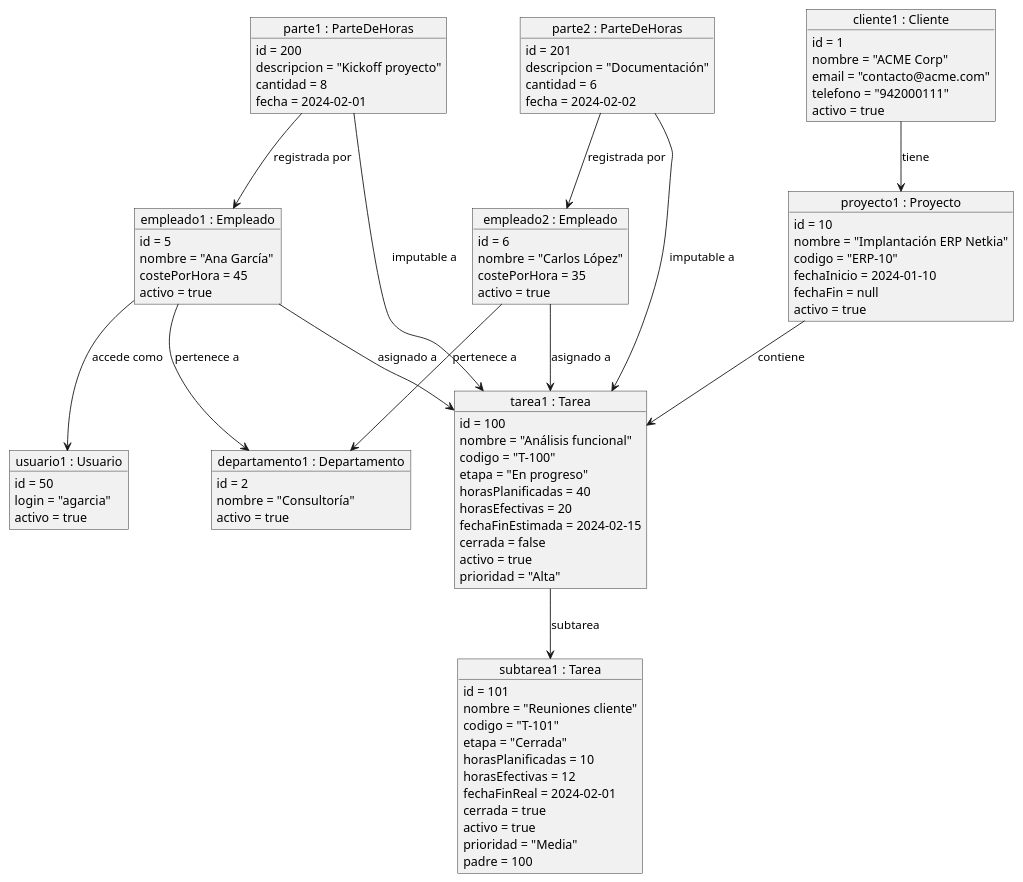
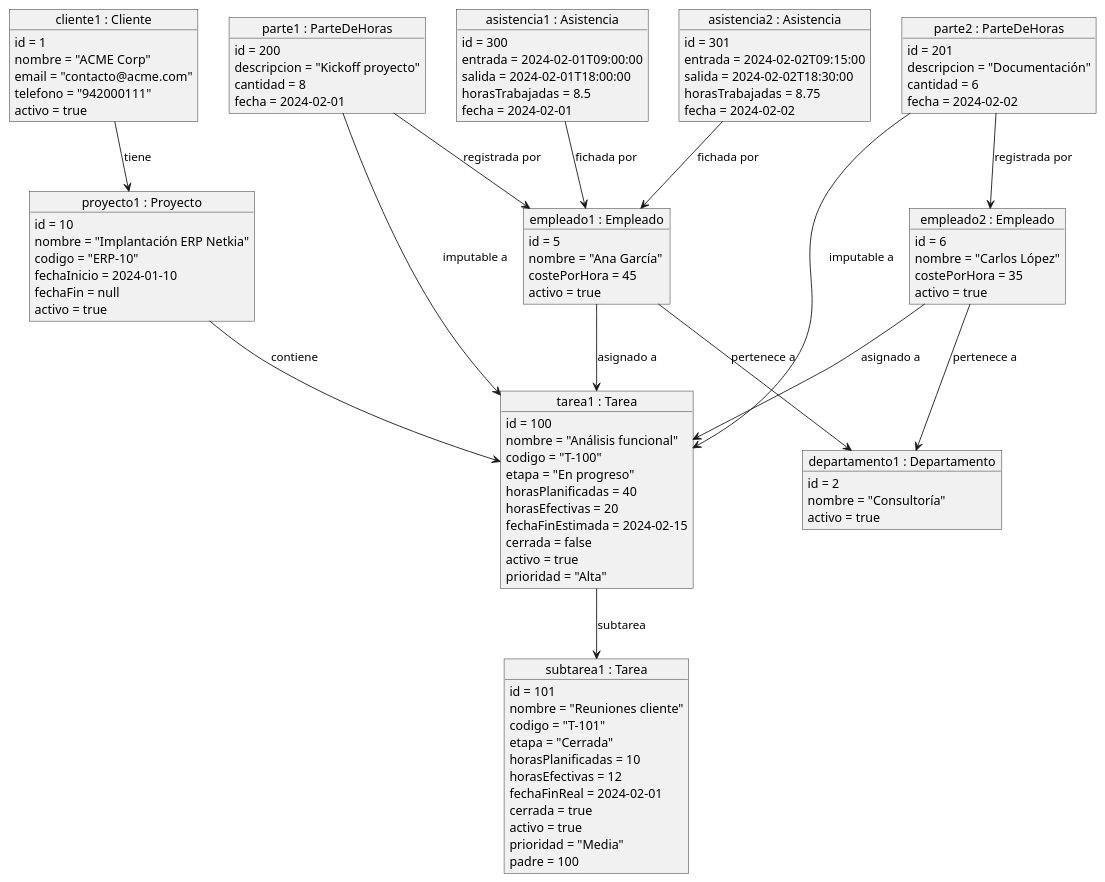
Before and after one commit to ceesargaarcia/GII-TFG-2026: the diagram in Estudiantes/cesar-garcia-eguiguren/Capítulo-2/diagramas/diagramaObjetos.puml, drawn with PlantUML. The commit also changed 74 other files, not shown here.

```diff
--- a/Estudiantes/cesar-garcia-eguiguren/Capítulo-2/diagramas/diagramaObjetos.puml
+++ b/Estudiantes/cesar-garcia-eguiguren/Capítulo-2/diagramas/diagramaObjetos.puml
@@ -1,107 +1,118 @@
 @startuml
 
 object "cliente1 : Cliente" as c1 {
   id = 1
   nombre = "ACME Corp"
   email = "contacto@acme.com"
   telefono = "942000111"
   activo = true
 }
 
 object "proyecto1 : Proyecto" as p1 {
   id = 10
   nombre = "Implantación ERP Netkia"
   codigo = "ERP-10"
   fechaInicio = 2024-01-10
   fechaFin = null
   activo = true
 }
 
 object "tarea1 : Tarea" as t1 {
   id = 100
   nombre = "Análisis funcional"
   codigo = "T-100"
   etapa = "En progreso"
   horasPlanificadas = 40
   horasEfectivas = 20
   fechaFinEstimada = 2024-02-15
   cerrada = false
   activo = true
   prioridad = "Alta"
 }
 
 object "subtarea1 : Tarea" as st1 {
   id = 101
   nombre = "Reuniones cliente"
   codigo = "T-101"
   etapa = "Cerrada"
   horasPlanificadas = 10
   horasEfectivas = 12
   fechaFinReal = 2024-02-01
   cerrada = true
   activo = true
   prioridad = "Media"
   padre = 100
 }
 
 object "empleado1 : Empleado" as e1 {
   id = 5
   nombre = "Ana García"
   costePorHora = 45
   activo = true
 }
 
 object "empleado2 : Empleado" as e2 {
   id = 6
   nombre = "Carlos López"
   costePorHora = 35
   activo = true
 }
 
 object "departamento1 : Departamento" as d1 {
   id = 2
   nombre = "Consultoría"
   activo = true
 }
 
-object "usuario1 : Usuario" as u1 {
-  id = 50
-  login = "agarcia"
-  activo = true
-}
-
 object "parte1 : ParteDeHoras" as ph1 {
   id = 200
   descripcion = "Kickoff proyecto"
   cantidad = 8
   fecha = 2024-02-01
 }
 
 object "parte2 : ParteDeHoras" as ph2 {
   id = 201
   descripcion = "Documentación"
   cantidad = 6
   fecha = 2024-02-02
 }
 
+object "asistencia1 : Asistencia" as a1 {
+  id = 300
+  entrada = 2024-02-01T09:00:00
+  salida = 2024-02-01T18:00:00
+  horasTrabajadas = 8.5
+  fecha = 2024-02-01
+}
+
+object "asistencia2 : Asistencia" as a2 {
+  id = 301
+  entrada = 2024-02-02T09:15:00
+  salida = 2024-02-02T18:30:00
+  horasTrabajadas = 8.75
+  fecha = 2024-02-02
+}
+
 ' ── Relaciones ────────────────────────────────
 c1 --> p1 : tiene
 
 p1 --> t1 : contiene
 t1 --> st1 : subtarea
 
 e1 --> d1 : pertenece a
 e2 --> d1 : pertenece a
-
-e1 --> u1 : accede como
 
 e1 --> t1 : asignado a
 e2 --> t1 : asignado a
 
 ph1 --> e1 : registrada por
 ph1 --> t1 : imputable a
 
 ph2 --> e2 : registrada por
 ph2 --> t1 : imputable a
 
+a1 --> e1 : fichada por
+a2 --> e1 : fichada por
+
 @enduml
```
